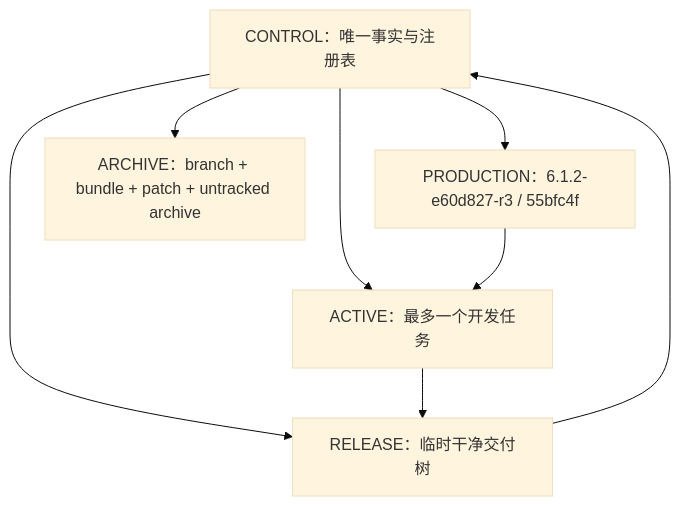
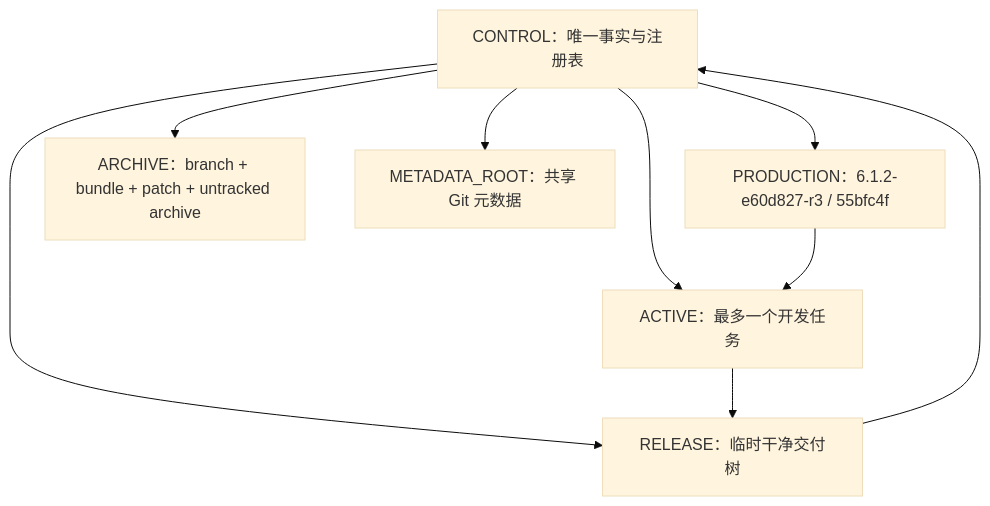
One commit to LXZ56156/repo-20260224-031312 changed the diagram in docs/status/worktree-control-plane.md. Above: the diagram before and after it, drawn with Mermaid (base theme). The commit also changed other lines of this file and 12 other files, not shown here.

````diff
--- a/docs/status/worktree-control-plane.md
+++ b/docs/status/worktree-control-plane.md
@@ -24,10 +25,11 @@
 ```mermaid
 flowchart TD
   C["CONTROL：唯一事实与注册表"] --> P["PRODUCTION：6.1.2-e60d827-r3 / 55bfc4f"]
   C --> A["ACTIVE：最多一个开发任务"]
   C --> R["RELEASE：临时干净交付树"]
   C --> X["ARCHIVE：branch + bundle + patch + untracked archive"]
+  C --> M["METADATA_ROOT：共享 Git 元数据"]
   P --> A
   A --> R
   R --> C
 ```
````
